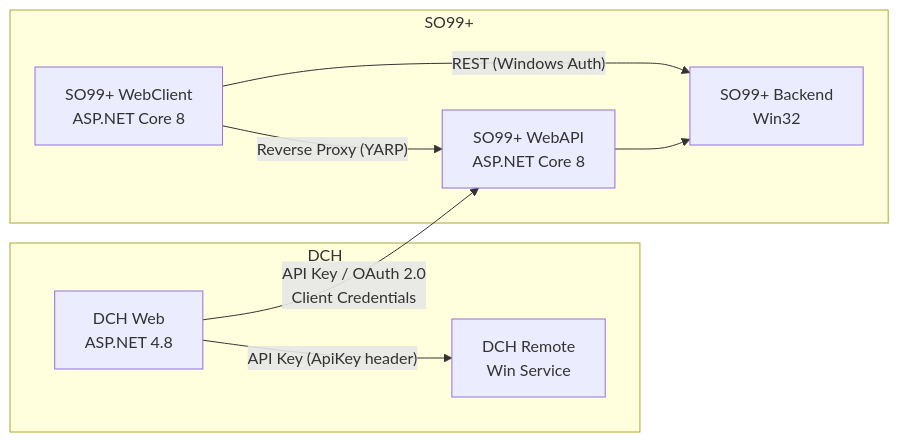
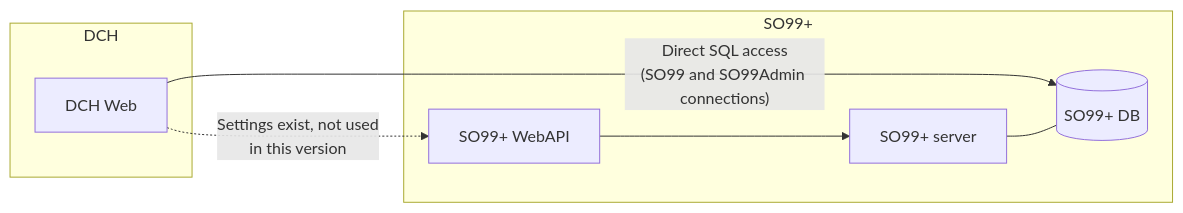
Diagram 14 of 15 in Docs/AuthAnalysis/DCH_SO99_Authentication_Analysis.en.md (dserranotools/DCH_Implementations), drawn with Mermaid before and after one commit. The commit also changed other lines of this file and 2 other files, not shown here.

Commit message:
Refactor authentication and authorization documentation for DCH and SO99+: streamline executive summary, enhance clarity on user roles and permissions, and improve alignment recommendations. Update README for better navigation and document structure.

````diff
--- a/Docs/AuthAnalysis/DCH_SO99_Authentication_Analysis.en.md
+++ b/Docs/AuthAnalysis/DCH_SO99_Authentication_Analysis.en.md
@@ -569,19 +532,15 @@
 ```mermaid
-graph LR
-    subgraph DCH_SIDE["DCH"]
-        DCH_WEB[DCH Web<br/>ASP.NET 4.8]
-        DCH_REMOTE[DCH Remote<br/>Win Service]
+flowchart LR
+    subgraph DCH["DCH"]
+        DW["DCH Web"]
     end
-    
-    subgraph SO99_SIDE["SO99+"]
-        SO99_WEB[SO99+ WebClient<br/>ASP.NET Core 8]
-        SO99_API[SO99+ WebAPI<br/>ASP.NET Core 8]
-        SO99_BACKEND[SO99+ Backend<br/>Win32]
+    subgraph SO99["SO99+"]
+        SDB[("SO99+ DB")]
+        SRV["SO99+ server"]
+        API["SO99+ WebAPI"]
     end
-    
-    DCH_WEB -->|"API Key / OAuth 2.0<br/>Client Credentials"| SO99_API
-    DCH_WEB -->|"API Key (ApiKey header)"| DCH_REMOTE
-    SO99_WEB -->|"Reverse Proxy (YARP)"| SO99_API
-    SO99_WEB -->|"REST (Windows Auth)"| SO99_BACKEND
-    SO99_API --> SO99_BACKEND
+    DW -->|"Direct SQL access<br/>(SO99 and SO99Admin connections)"| SDB
+    SRV --- SDB
+    API --> SRV
+    DW -.->|"Settings exist, not used<br/>in this version"| API
 ```
````
